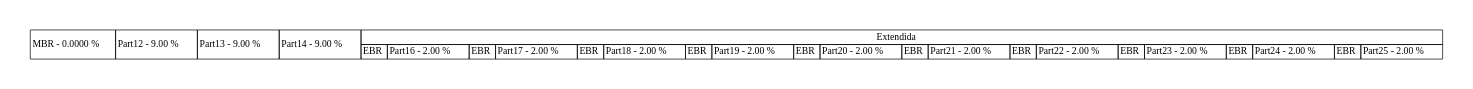
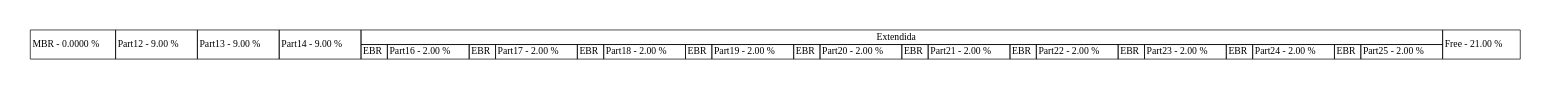
The diagram in disk_report.dot (MacoChave/DiskParted), drawn with Graphviz before and after one commit. The commit also changed 3 other files, not shown here.

```diff
--- a/disk_report.dot
+++ b/disk_report.dot
@@ -1,38 +1,39 @@
 digraph {
 	graph[pad="0.5", nodesep="0.5", ranksep="2"]
 	node [shape = plain]
 	rankdir = LR
 	DISK [label=<
 		<table border="0" cellborder="1" cellspacing="0">
 			<tr>
 				<td rowspan="2">MBR - 0.0000 %</td>
 				<td rowspan="2">Part12 - 9.00 %</td>
 				<td rowspan="2">Part13 - 9.00 %</td>
 				<td rowspan="2">Part14 - 9.00 %</td>
 				<td colspan="20">Extendida</td>
+				<td rowspan="2">Free - 21.00 %</td>
 			</tr>
 			<tr>
 				<td>EBR</td>
 				<td>Part16 - 2.00 %</td>
 				<td>EBR</td>
 				<td>Part17 - 2.00 %</td>
 				<td>EBR</td>
 				<td>Part18 - 2.00 %</td>
 				<td>EBR</td>
 				<td>Part19 - 2.00 %</td>
 				<td>EBR</td>
 				<td>Part20 - 2.00 %</td>
 				<td>EBR</td>
 				<td>Part21 - 2.00 %</td>
 				<td>EBR</td>
 				<td>Part22 - 2.00 %</td>
 				<td>EBR</td>
 				<td>Part23 - 2.00 %</td>
 				<td>EBR</td>
 				<td>Part24 - 2.00 %</td>
 				<td>EBR</td>
 				<td>Part25 - 2.00 %</td>
 			</tr>
 		</table>
 	>]
 }
```
